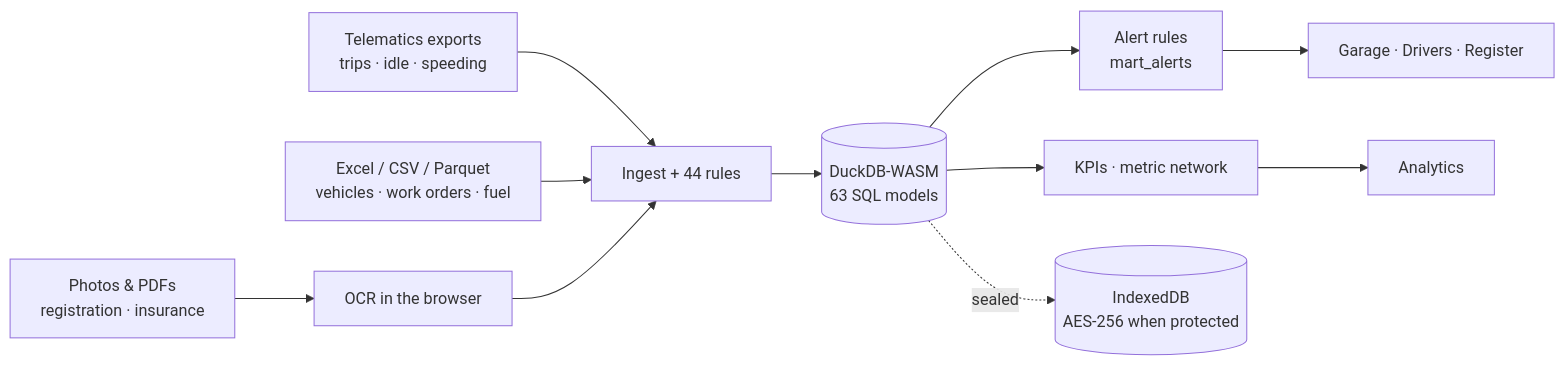
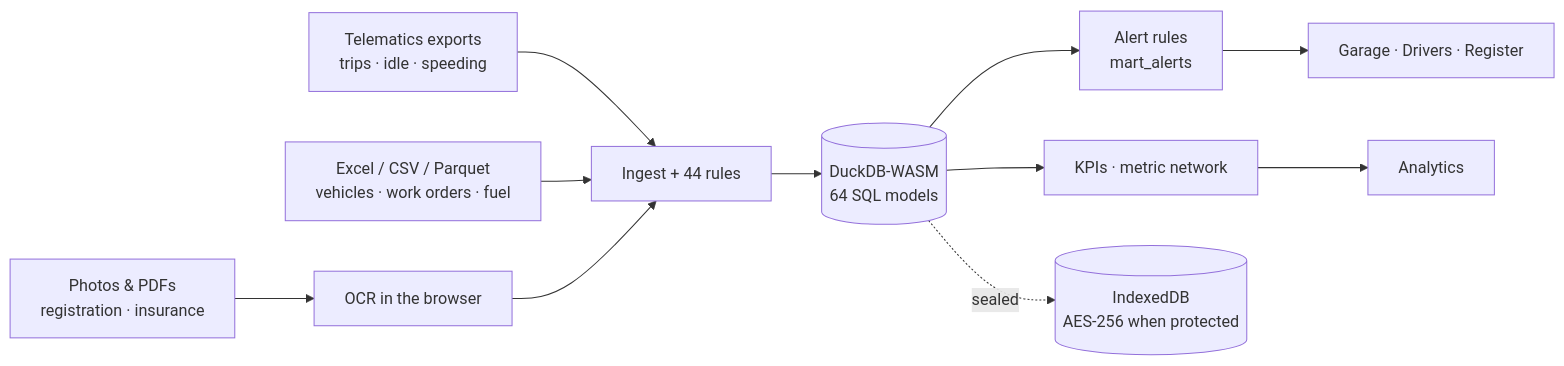
The first of 2 diagrams in README.md (Pemalahmad/FleetOps-KPI-Dashboard), drawn with Mermaid before and after one commit. The commit also changed other lines of this file and 17 other files, not shown here.

````diff
--- a/README.md
+++ b/README.md
@@ -96,10 +105,10 @@
 ```mermaid
 flowchart LR
     T["Telematics exports<br/>trips · idle · speeding"] --> I
     X["Excel / CSV / Parquet<br/>vehicles · work orders · fuel"] --> I
     P["Photos & PDFs<br/>registration · insurance"] --> O["OCR in the browser"] --> I
-    I["Ingest + 44 rules"] --> D[("DuckDB-WASM<br/>63 SQL models")]
+    I["Ingest + 44 rules"] --> D[("DuckDB-WASM<br/>64 SQL models")]
     D --> R["Alert rules<br/>mart_alerts"] --> G["Garage · Drivers · Register"]
     D --> K["KPIs · metric network"] --> A["Analytics"]
     D -. sealed .-> V[("IndexedDB<br/>AES-256 when protected")]
 ```
````
